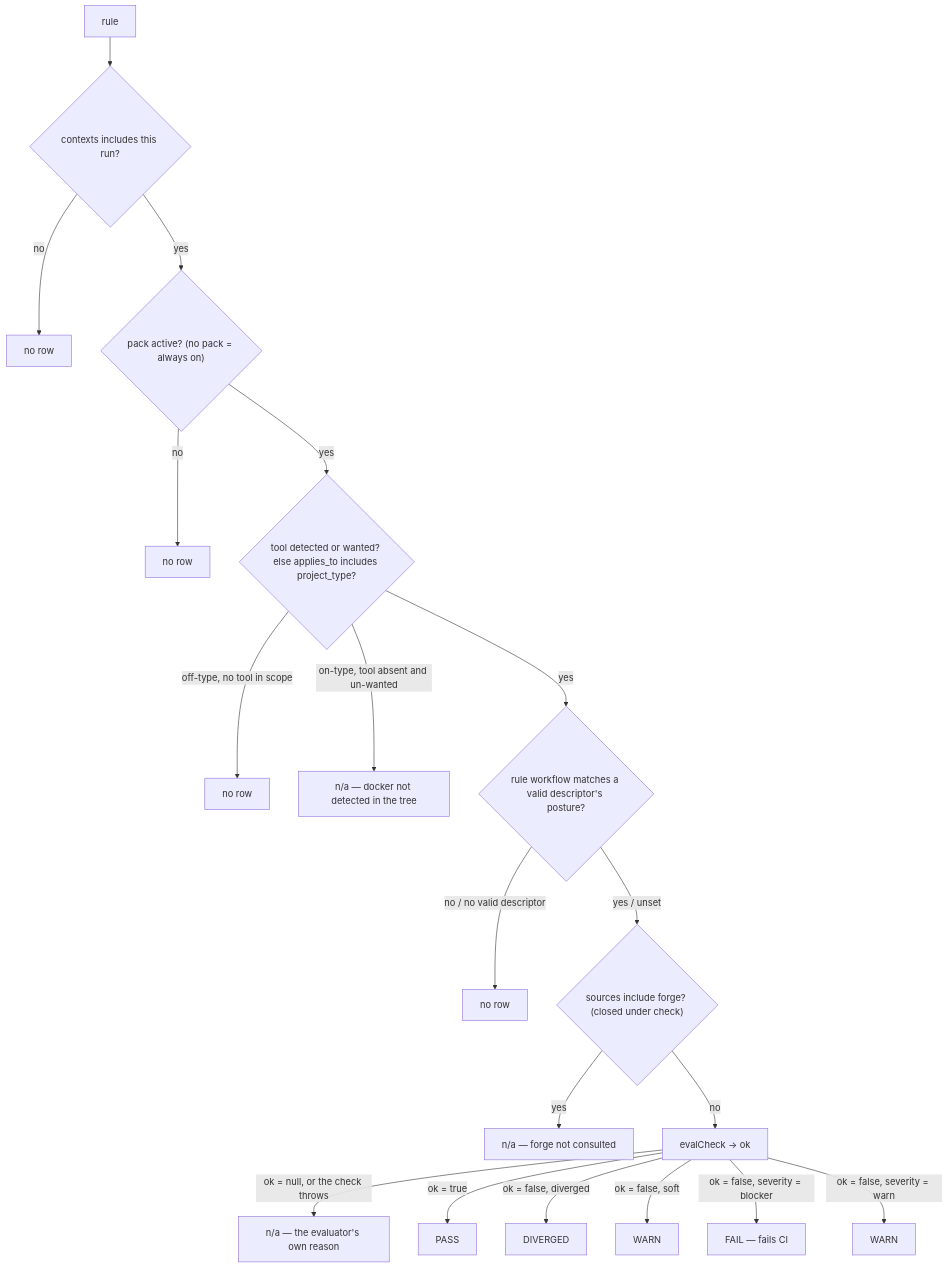
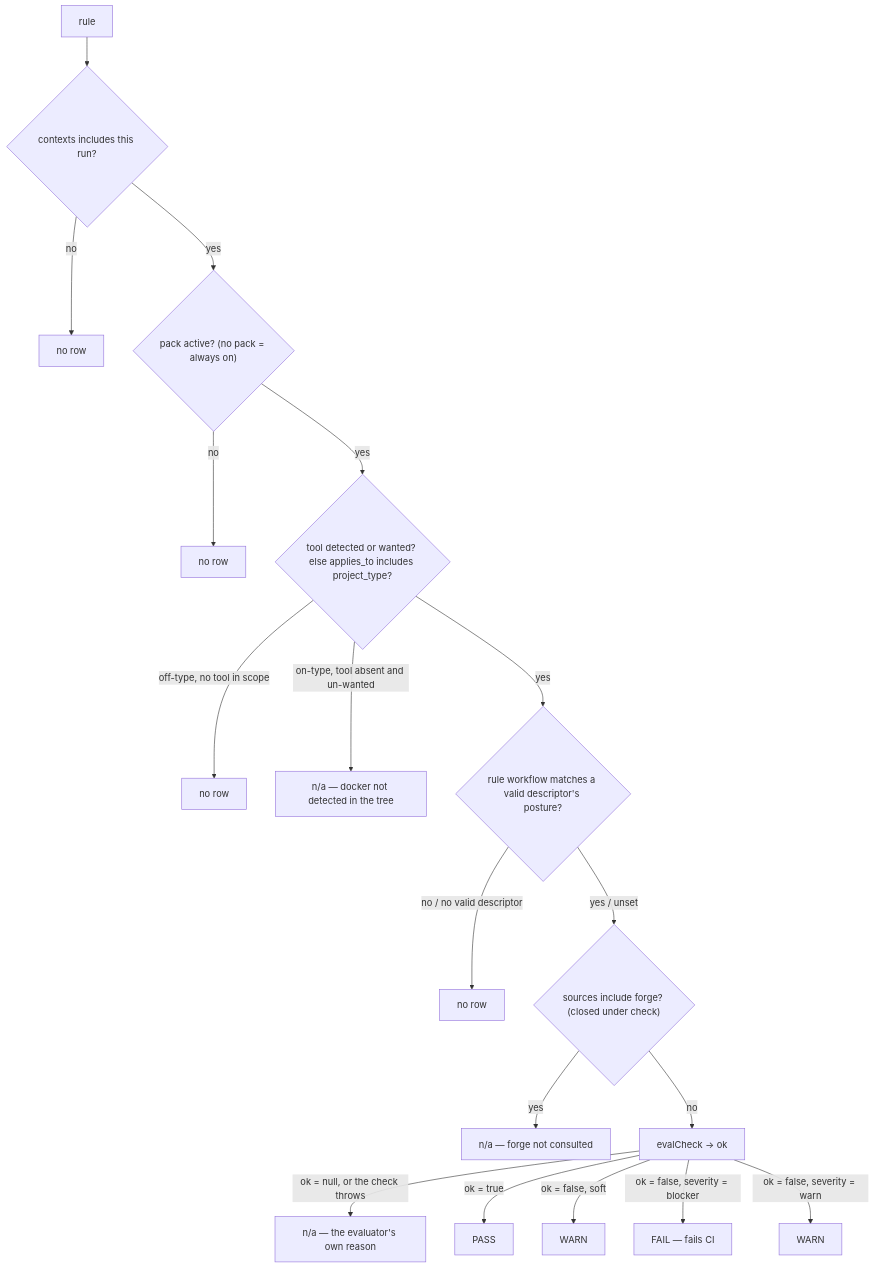
One commit to AdarGit008/baseline-skill changed the third of 3 diagrams in REFERENCE.md. Above: the diagram before and after it, drawn with Mermaid. The commit also changed other lines of this file and 16 other files, not shown here.

````diff
--- a/REFERENCE.md
+++ b/REFERENCE.md
@@ -98,21 +111,20 @@
 ```mermaid
 flowchart TD
   R["rule"] --> CX{"contexts includes this run?"}
   CX -- "no" --> N0["no row"]
   CX -- "yes" --> P{"pack active? (no pack = always on)"}
   P -- "no" --> N1["no row"]
   P -- "yes" --> T{"tool detected or wanted? else applies_to includes project_type?"}
   T -- "off-type, no tool in scope" --> N2["no row"]
   T -- "on-type, tool absent and un-wanted" --> NA1["n/a — docker not detected in the tree"]
   T -- "yes" --> WF{"rule workflow matches a valid descriptor's posture?"}
   WF -- "no / no valid descriptor" --> N3["no row"]
   WF -- "yes / unset" --> FG{"sources include forge? (closed under check)"}
   FG -- "yes" --> NA2["n/a — forge not consulted"]
   FG -- "no" --> E["evalCheck → ok"]
   E -- "ok = null, or the check throws" --> NA3["n/a — the evaluator's own reason"]
   E -- "ok = true" --> PASS["PASS"]
-  E -- "ok = false, diverged" --> DV["DIVERGED"]
   E -- "ok = false, soft" --> W1["WARN"]
   E -- "ok = false, severity = blocker" --> F["FAIL — fails CI"]
   E -- "ok = false, severity = warn" --> W2["WARN"]
 ```
````
